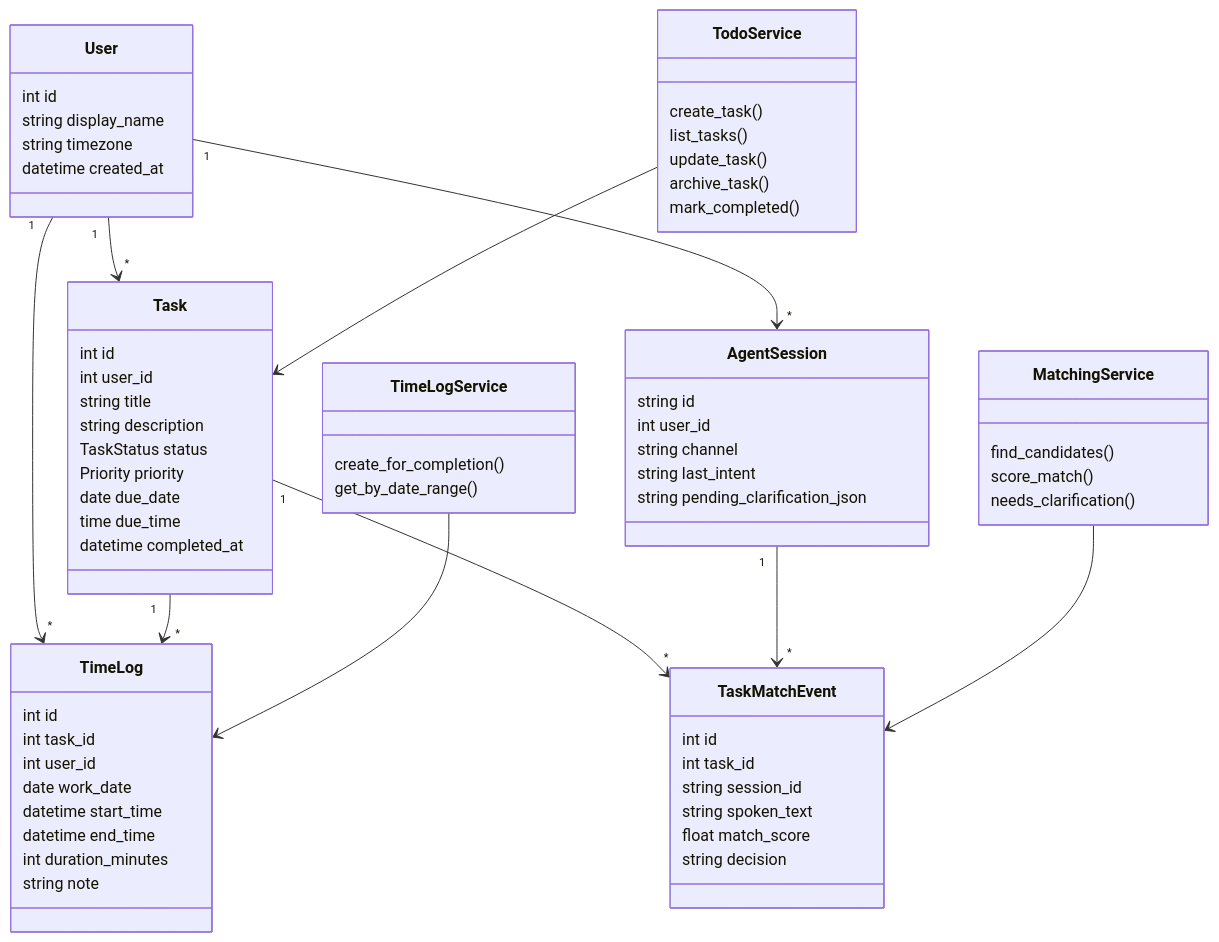
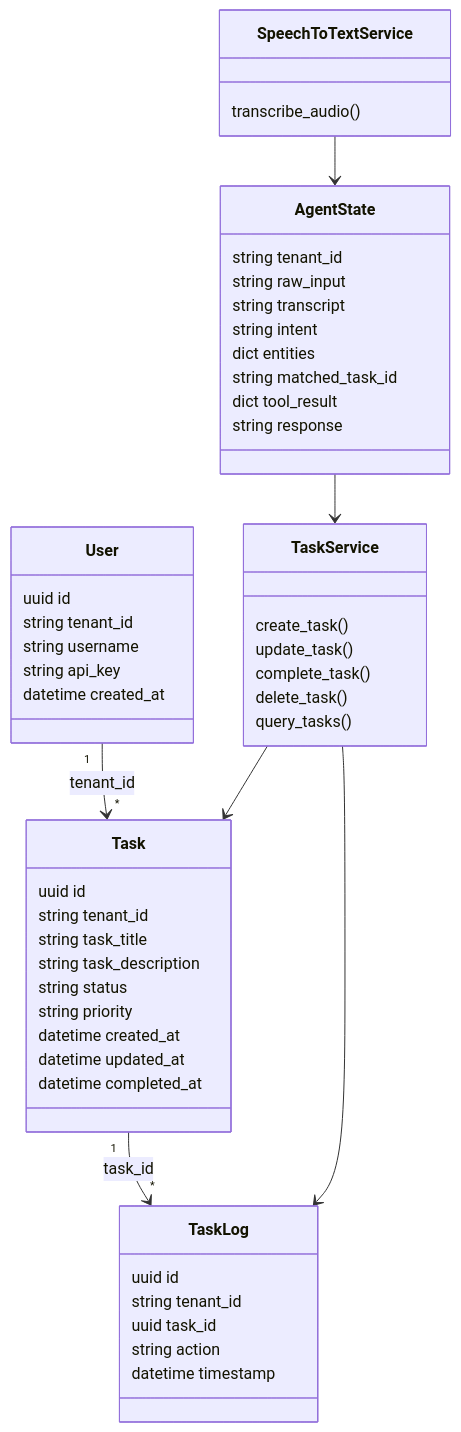
Before and after one commit to nishathmnha/langgraph-voice-agent: the diagram in diagrams/07_class_diagram.mmd, drawn with Mermaid. The commit also changed other lines of this file and 58 other files, not shown here.

```diff
--- a/diagrams/07_class_diagram.mmd
+++ b/diagrams/07_class_diagram.mmd
@@ -1,76 +1,58 @@
 classDiagram
     class User {
-        int id
-        string display_name
-        string timezone
+        uuid id
+        string tenant_id
+        string username
+        string api_key
         datetime created_at
     }
 
     class Task {
-        int id
-        int user_id
-        string title
-        string description
-        TaskStatus status
-        Priority priority
-        date due_date
-        time due_time
+        uuid id
+        string tenant_id
+        string task_title
+        string task_description
+        string status
+        string priority
+        datetime created_at
+        datetime updated_at
         datetime completed_at
     }
 
-    class TimeLog {
-        int id
-        int task_id
-        int user_id
-        date work_date
-        datetime start_time
-        datetime end_time
-        int duration_minutes
-        string note
+    class TaskLog {
+        uuid id
+        string tenant_id
+        uuid task_id
+        string action
+        datetime timestamp
     }
 
-    class AgentSession {
-        string id
-        int user_id
-        string channel
-        string last_intent
-        string pending_clarification_json
+    class AgentState {
+        string tenant_id
+        string raw_input
+        string transcript
+        string intent
+        dict entities
+        string matched_task_id
+        dict tool_result
+        string response
     }
 
-    class TaskMatchEvent {
-        int id
-        int task_id
-        string session_id
-        string spoken_text
-        float match_score
-        string decision
+    class TaskService {
+        create_task()
+        update_task()
+        complete_task()
+        delete_task()
+        query_tasks()
     }
 
-    class TodoService {
-        create_task()
-        list_tasks()
-        update_task()
-        archive_task()
-        mark_completed()
+    class SpeechToTextService {
+        transcribe_audio()
     }
 
-    class TimeLogService {
-        create_for_completion()
-        get_by_date_range()
-    }
-
-    class MatchingService {
-        find_candidates()
-        score_match()
-        needs_clarification()
-    }
-
-    User "1" --> "*" Task
-    User "1" --> "*" TimeLog
-    User "1" --> "*" AgentSession
-    Task "1" --> "*" TimeLog
-    Task "1" --> "*" TaskMatchEvent
-    AgentSession "1" --> "*" TaskMatchEvent
-    TodoService --> Task
-    TimeLogService --> TimeLog
-    MatchingService --> TaskMatchEvent
+    User "1" --> "*" Task : tenant_id
+    Task "1" --> "*" TaskLog : task_id
+    AgentState --> TaskService
+    TaskService --> Task
+    TaskService --> TaskLog
+    SpeechToTextService --> AgentState
```
